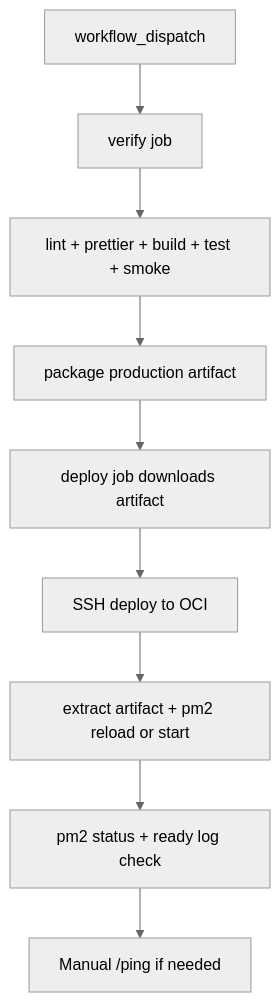
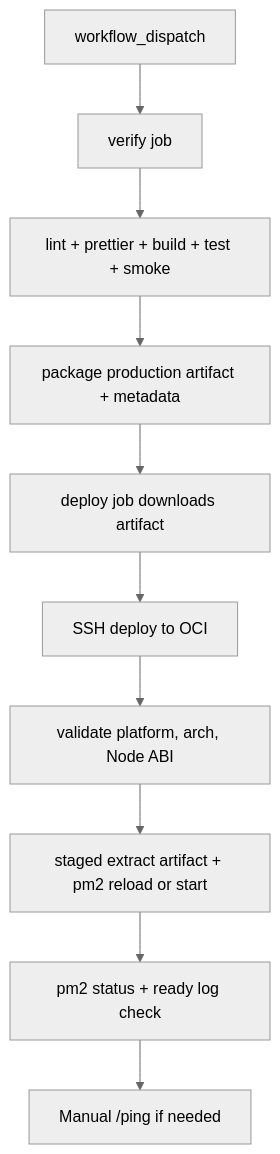
Before and after one commit to honki12345/haruharu-discord-bot: the diagram in docs/PROJECT.md, drawn with Mermaid (neutral theme). The commit also changed other lines of this file and 5 other files, not shown here.

````diff
--- a/docs/PROJECT.md
+++ b/docs/PROJECT.md
@@ -262,11 +262,12 @@
 ```mermaid
 flowchart TD
   A[workflow_dispatch] --> B[verify job]
   B --> C[lint + prettier + build + test + smoke]
-  C --> D[package production artifact]
+  C --> D[package production artifact + metadata]
   D --> E[deploy job downloads artifact]
   E --> F[SSH deploy to OCI]
-  F --> G[extract artifact + pm2 reload or start]
-  G --> H[pm2 status + ready log check]
-  H --> I[Manual /ping if needed]
+  F --> G[validate platform, arch, Node ABI]
+  G --> H[staged extract artifact + pm2 reload or start]
+  H --> I[pm2 status + ready log check]
+  I --> J[Manual /ping if needed]
 ```
````
